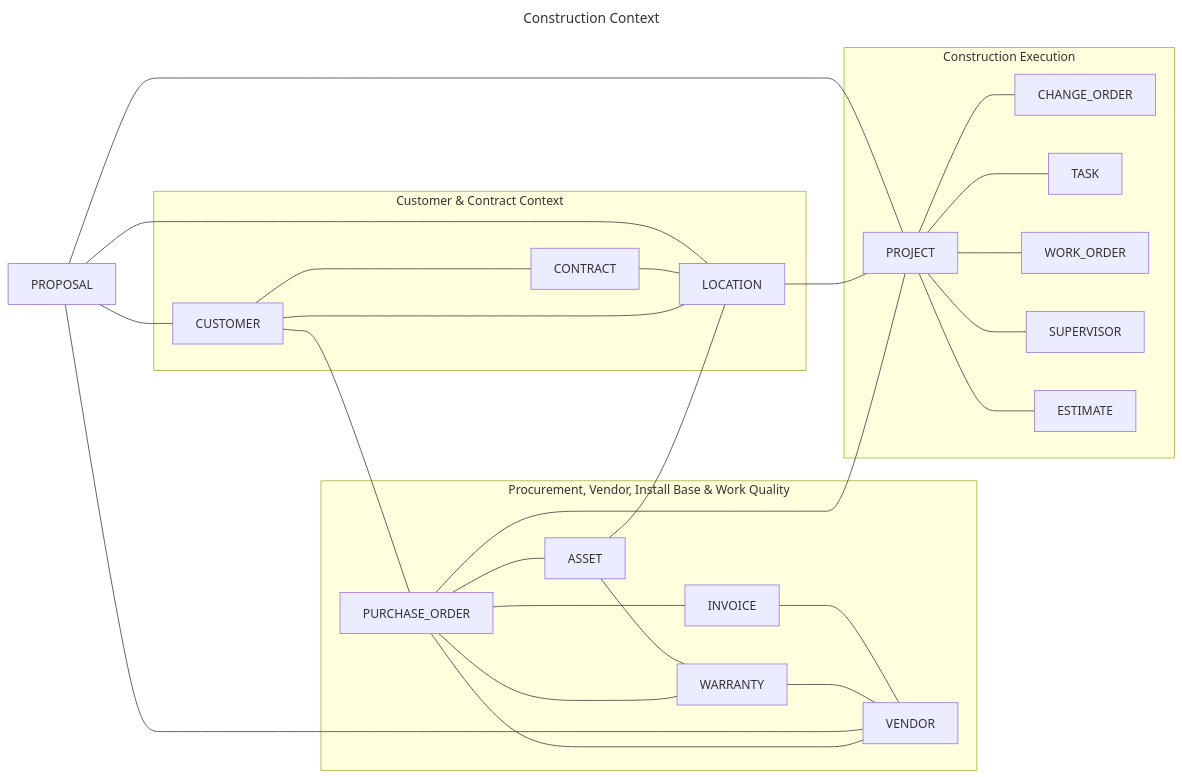
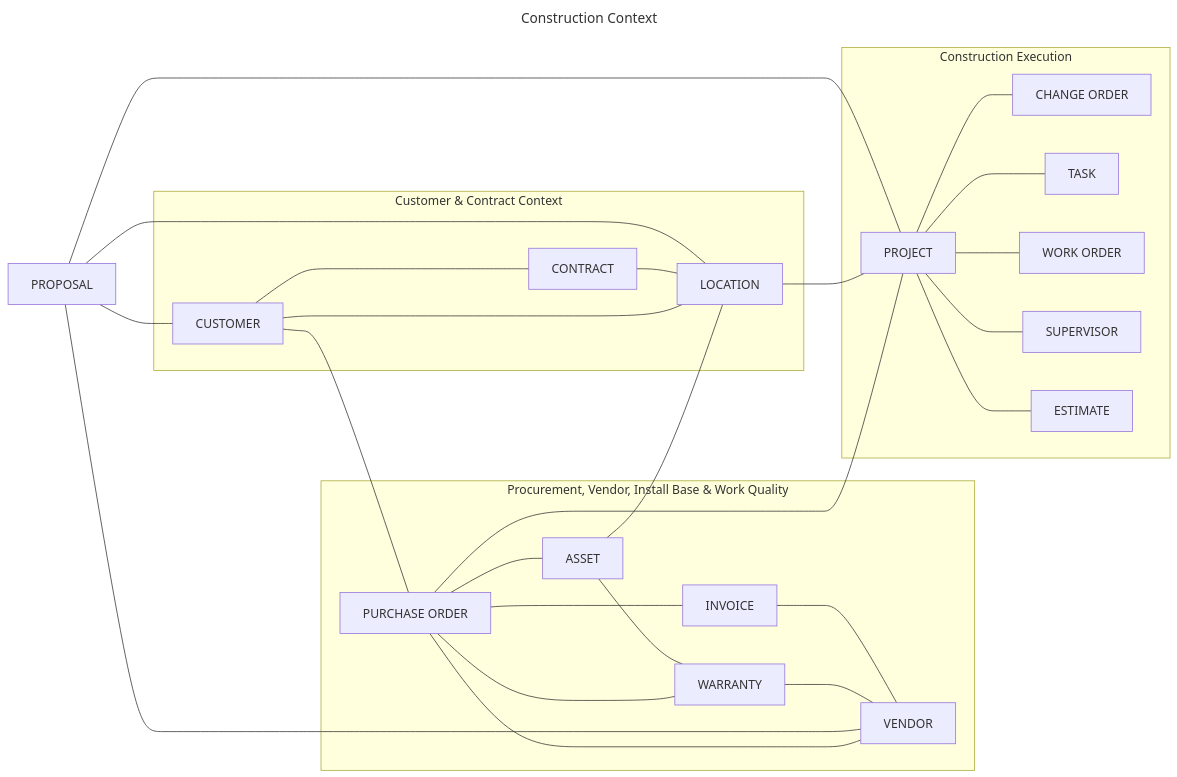
One commit to mcknz76/diagram-example changed the diagram in construction-bounded-context.mmd. Above: the diagram before and after it, drawn with Mermaid.

Commit message:
updated construction

```diff
--- a/construction-bounded-context.mmd
+++ b/construction-bounded-context.mmd
@@ -1,74 +1,74 @@
 ---
 title: Construction Context
 ---
 
 flowchart LR
 
 %% -----------------------------
 %% Customer & Contract Context
 %% -----------------------------
 subgraph CustomerCtx["Customer & Contract Context"]
 
     CUSTOMER
     CONTRACT
     LOCATION
 end
 
 %% -----------------------------
 %% Procurement, Vendor, Install Base & Work Quality
 %% -----------------------------
 subgraph ProcurementCtx["Procurement, Vendor, Install Base & Work Quality"]
 
-    PURCHASE_ORDER
+    PURCHASE_ORDER["PURCHASE ORDER"]
     INVOICE
     ASSET
     WARRANTY
     VENDOR
 end
 
 %% -----------------------------
 %% Construction Execution
 %% -----------------------------
 subgraph ExecCtx["Construction Execution"]
 
     PROJECT
-    CHANGE_ORDER
+    CHANGE_ORDER["CHANGE ORDER"]
     TASK
-    WORK_ORDER
+    WORK_ORDER["WORK ORDER"]
     SUPERVISOR
     ESTIMATE
 end
 
 %% -----------------------------
 %% Relationships
 %% -----------------------------
 CUSTOMER --- CONTRACT
 CUSTOMER --- LOCATION
 CUSTOMER --- PURCHASE_ORDER
 CONTRACT --- LOCATION
 
 PURCHASE_ORDER --- INVOICE
 PURCHASE_ORDER --- ASSET
 PURCHASE_ORDER --- VENDOR
 PURCHASE_ORDER --- WARRANTY
 
 ASSET --- WARRANTY
 
 LOCATION --- PROJECT
 PURCHASE_ORDER --- PROJECT
 PROPOSAL --- PROJECT
 
 PROJECT --- CHANGE_ORDER
 PROJECT --- TASK
 PROJECT --- WORK_ORDER
 PROJECT --- SUPERVISOR
 PROJECT --- ESTIMATE
 
 PROPOSAL --- CUSTOMER
 PROPOSAL --- LOCATION
 PROPOSAL --- VENDOR
 
 WARRANTY --- VENDOR
 INVOICE --- VENDOR
 
 ASSET --- LOCATION
```
